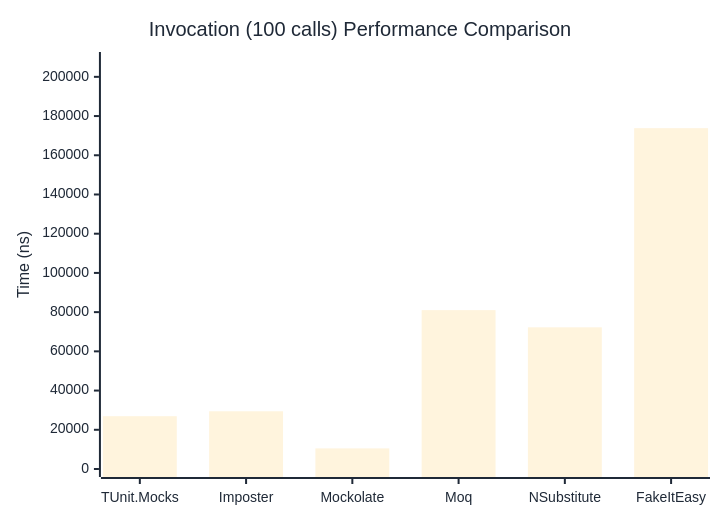
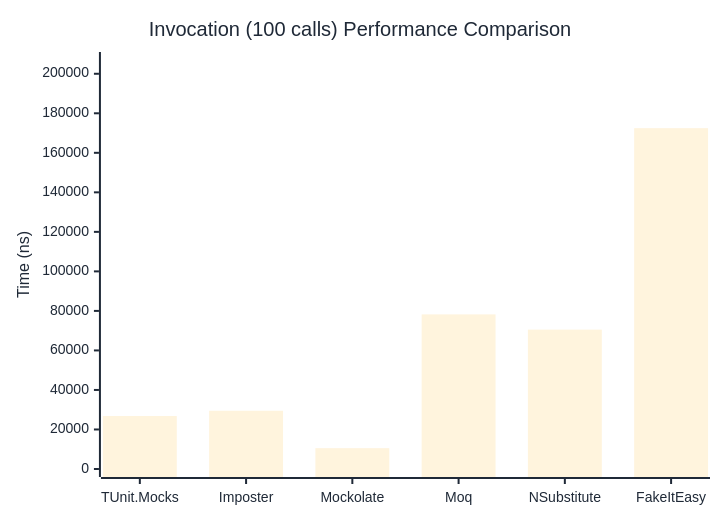
Before and after one commit to thomhurst/TUnit: the third of 3 diagrams in docs/docs/benchmarks/mocks/Invocation.md, drawn with Mermaid. The commit also changed other lines of this file and 14 other files, not shown here.

````diff
--- a/docs/docs/benchmarks/mocks/Invocation.md
+++ b/docs/docs/benchmarks/mocks/Invocation.md
@@ -112,27 +112,27 @@
 ```mermaid
 %%{init: {
   'theme':'base',
   'themeVariables': {
     'primaryColor': '#2563eb',
     'primaryTextColor': '#1f2937',
     'primaryBorderColor': '#1e40af',
     'lineColor': '#6b7280',
     'secondaryColor': '#7c3aed',
     'tertiaryColor': '#dc2626',
     'background': '#ffffff',
     'pie1': '#2563eb',
     'pie2': '#7c3aed',
     'pie3': '#dc2626',
     'pie4': '#f59e0b',
     'pie5': '#10b981',
     'pie6': '#06b6d4',
     'pie7': '#ec4899',
     'pie8': '#6366f1'
   }
 }}%%
 xychart-beta
   title "Invocation (100 calls) Performance Comparison"
   x-axis ["TUnit.Mocks", "Imposter", "Mockolate", "Moq", "NSubstitute", "FakeItEasy"]
-  y-axis "Time (ns)" 0 --> 208586
-  bar [26926.5, 29441.08, 10511.18, 81016.02, 72247.48, 173821.18]
+  y-axis "Time (ns)" 0 --> 206967
+  bar [26812.18, 29466.17, 10551.18, 78241.31, 70529.92, 172471.85]
 ```
````
